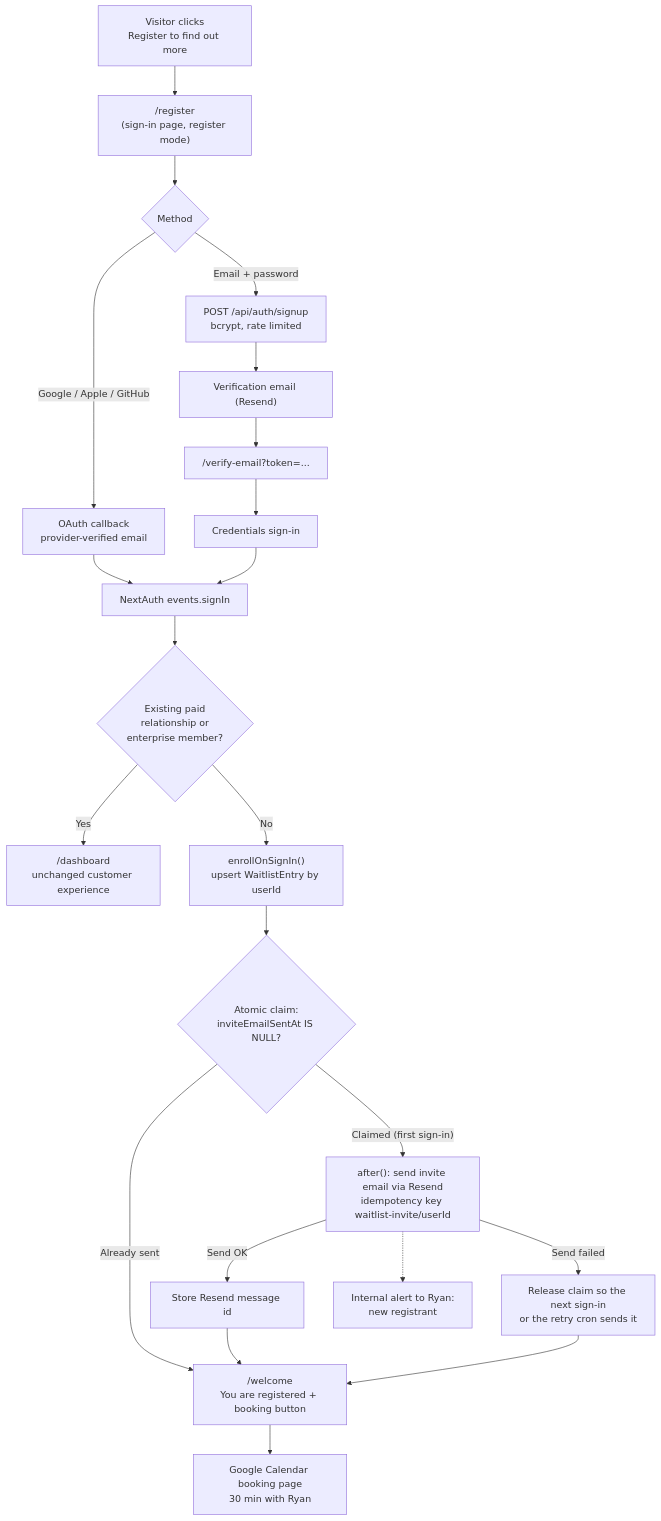
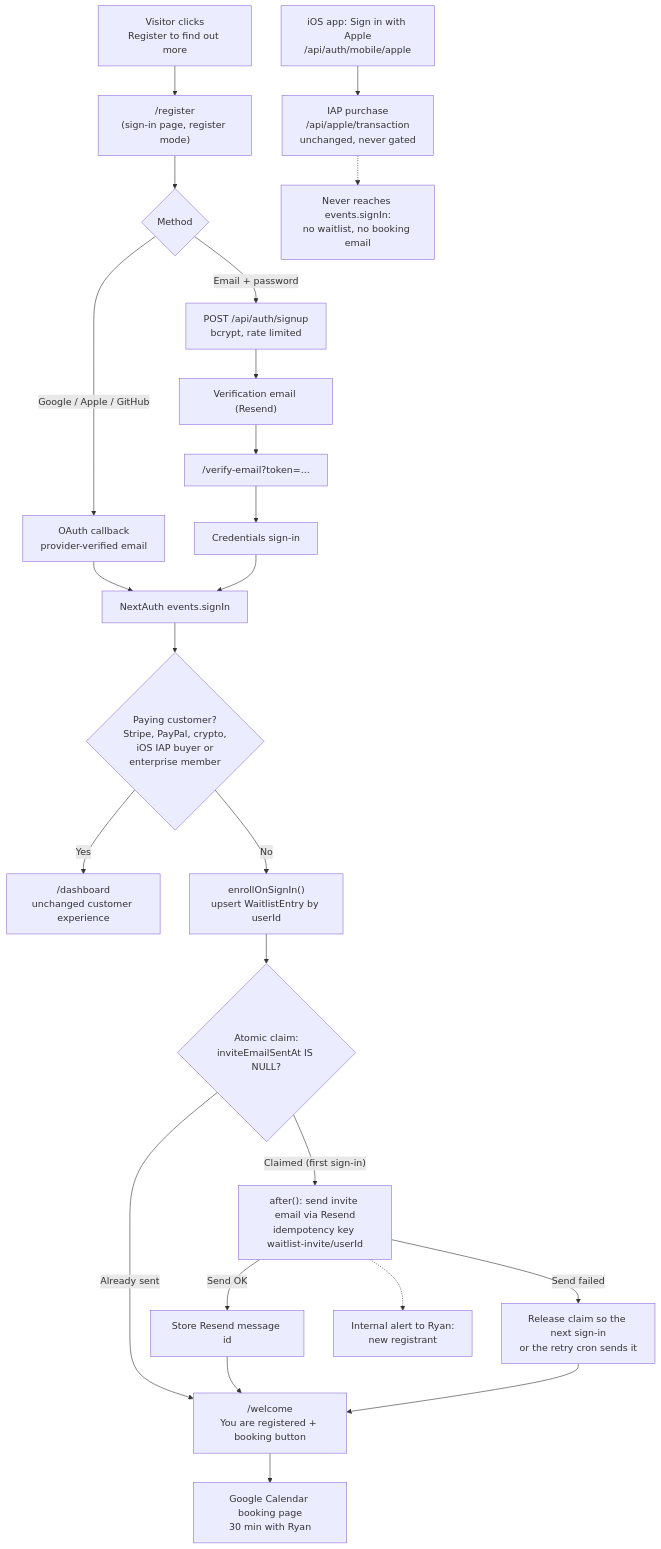
The diagram in docs/plans/enterprise-waitlist-flow.mmd (farpointhq/codewithfabric-plans), drawn with Mermaid before and after one commit. The commit also changed 4 other files, not shown here.

First line of the commit message:
plan: enterprise repositioning, keep iOS IAP and narrow download scope

```diff
--- a/docs/plans/enterprise-waitlist-flow.mmd
+++ b/docs/plans/enterprise-waitlist-flow.mmd
@@ -1,22 +1,24 @@
 flowchart TD
     A["Visitor clicks<br/>Register to find out more"] --> B["/register<br/>(sign-in page, register mode)"]
     B --> C{"Method"}
     C -->|"Google / Apple / GitHub"| D["OAuth callback<br/>provider-verified email"]
     C -->|"Email + password"| E["POST /api/auth/signup<br/>bcrypt, rate limited"]
     E --> F["Verification email (Resend)"]
     F --> G["/verify-email?token=..."]
     G --> H["Credentials sign-in"]
     D --> I["NextAuth events.signIn"]
     H --> I
-    I --> J{"Existing paid<br/>relationship or<br/>enterprise member?"}
+    I --> J{"Paying customer?<br/>Stripe, PayPal, crypto,<br/>iOS IAP buyer or<br/>enterprise member"}
     J -->|"Yes"| K["/dashboard<br/>unchanged customer experience"]
     J -->|"No"| L["enrollOnSignIn()<br/>upsert WaitlistEntry by userId"]
     L --> M{"Atomic claim:<br/>inviteEmailSentAt IS NULL?"}
     M -->|"Already sent"| N["/welcome<br/>You are registered + booking button"]
     M -->|"Claimed (first sign-in)"| O["after(): send invite email via Resend<br/>idempotency key waitlist-invite/userId"]
     O -->|"Send OK"| P["Store Resend message id"]
     O -->|"Send failed"| Q["Release claim so the next sign-in<br/>or the retry cron sends it"]
     P --> N
     Q --> N
     O -.-> R["Internal alert to Ryan:<br/>new registrant"]
     N --> S["Google Calendar booking page<br/>30 min with Ryan"]
+    T["iOS app: Sign in with Apple<br/>/api/auth/mobile/apple"] --> U["IAP purchase<br/>/api/apple/transaction<br/>unchanged, never gated"]
+    U -.-> V["Never reaches events.signIn:<br/>no waitlist, no booking email"]
```
